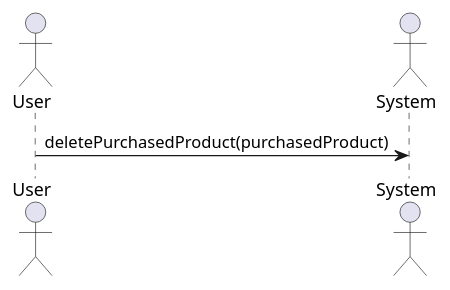
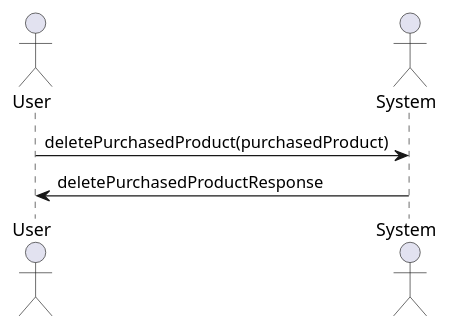
Before and after one commit to drDeepl/purchased-products-app-nest: the diagram in src/diagrams_operations/delete_purchased_product .wsd, drawn with PlantUML. The commit also changed 36 other files, not shown here.

```diff
--- a/src/diagrams_operations/delete_purchased_product .wsd
+++ b/src/diagrams_operations/delete_purchased_product .wsd
@@ -1,11 +1,12 @@
 @startuml delete_purchased_product
 
 skinparam backgroundColor #FFFFFF
 
 
 actor User
 actor System
 
 
 User -> System: deletePurchasedProduct(purchasedProduct)
+System -> User: deletePurchasedProductResponse
 @enduml
```
